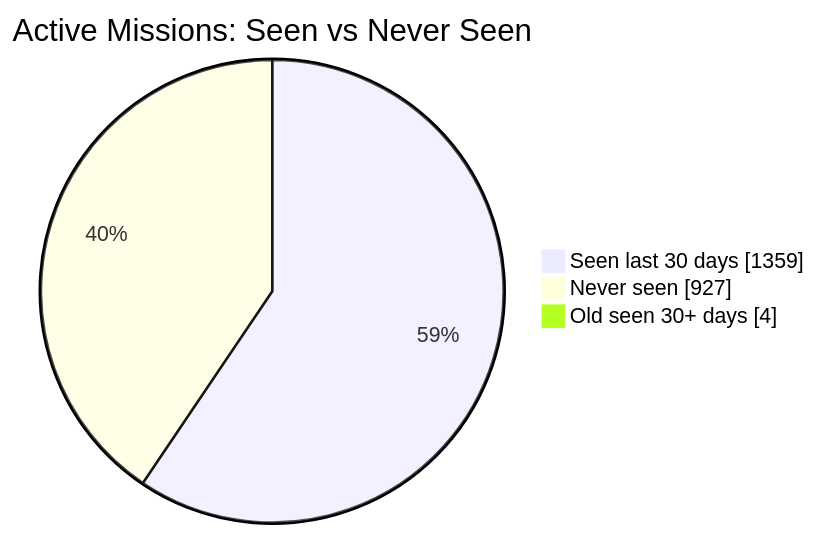
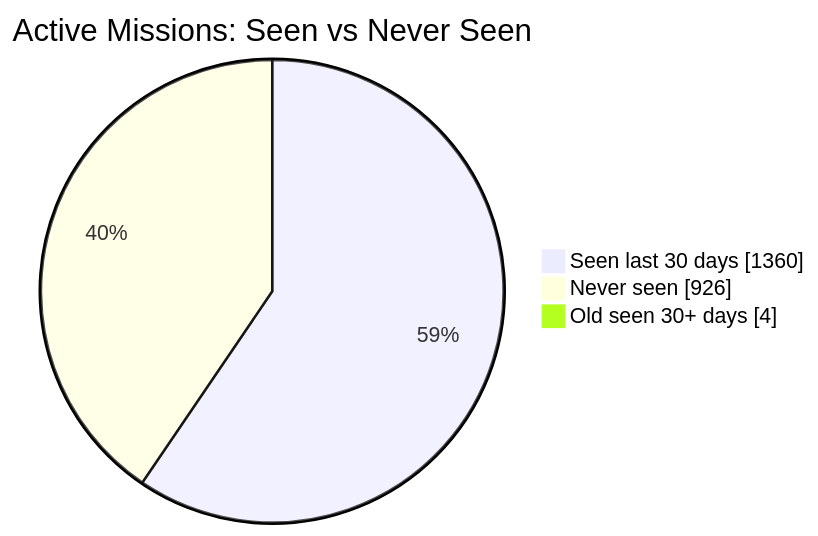
Before and after one commit to MeldkamerspelGameTeam/active-missions: the first of 2 diagrams in README.md, drawn with Mermaid. The commit also changed other lines of this file and 2 other files, not shown here.

````diff
--- a/README.md
+++ b/README.md
@@ -34,7 +34,7 @@
 ```mermaid
 pie showData
     title Active Missions: Seen vs Never Seen
-    "Seen last 30 days" : 1359
-    "Never seen" : 927
+    "Seen last 30 days" : 1360
+    "Never seen" : 926
     "Old seen 30+ days" : 4
 ```
````
